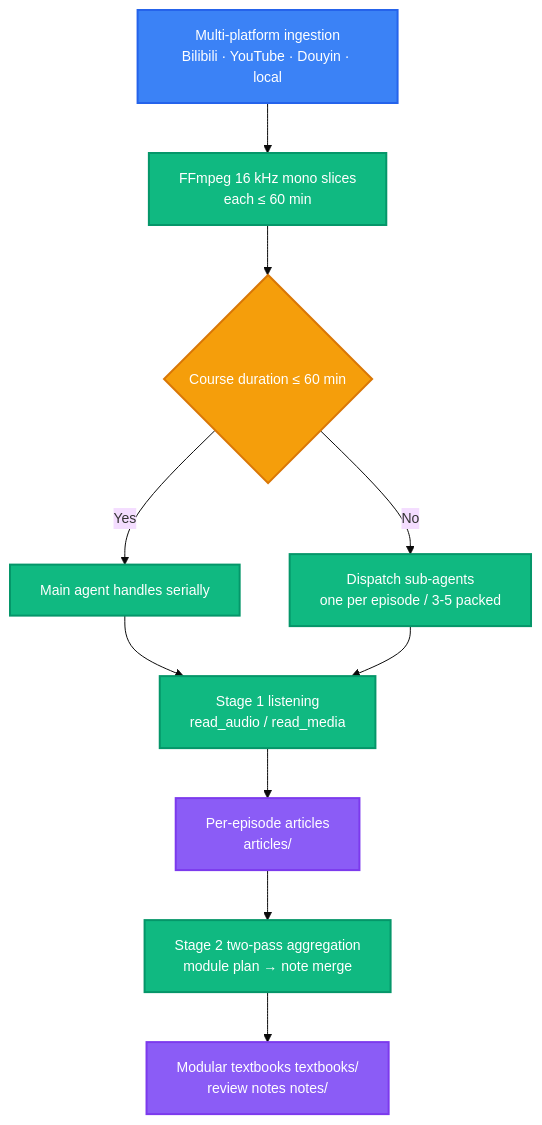
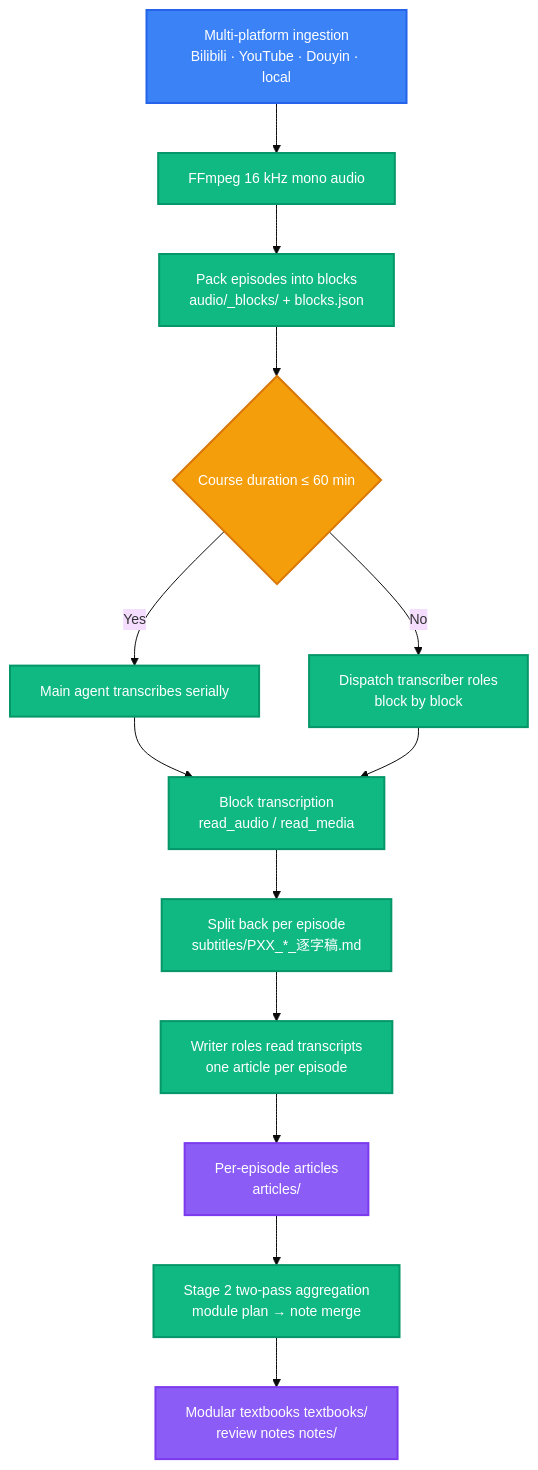
The diagram in README.en.md (LINJIANG12/video2book), drawn with Mermaid before and after one commit. The commit also changed other lines of this file and 14 other files, not shown here.

````diff
--- a/README.en.md
+++ b/README.en.md
@@ -166,23 +166,26 @@
 ```mermaid
 %%{init: {'theme': 'base', 'themeVariables': {'fontSize': '14px'}}}%%
 flowchart TD
-    A[Multi-platform ingestion<br/>Bilibili · YouTube · Douyin · local] --> B[FFmpeg 16 kHz mono slices<br/>each ≤ 60 min]
-    B --> C{Course duration ≤ 60 min}
-    C -->|Yes| D[Main agent handles serially]
-    C -->|No| E[Dispatch sub-agents<br/>one per episode / 3-5 packed]
-    D --> F[Stage 1 listening<br/>read_audio / read_media]
+    A[Multi-platform ingestion<br/>Bilibili · YouTube · Douyin · local] --> B[FFmpeg 16 kHz mono audio]
+    B --> M[Pack episodes into blocks<br/>audio/_blocks/ + blocks.json]
+    M --> C{Course duration ≤ 60 min}
+    C -->|Yes| D[Main agent transcribes serially]
+    C -->|No| E[Dispatch transcriber roles<br/>block by block]
+    D --> F[Block transcription<br/>read_audio / read_media]
     E --> F
-    F --> G[Per-episode articles<br/>articles/]
+    F --> S[Split back per episode<br/>subtitles/PXX_*_逐字稿.md]
+    S --> W[Writer roles read transcripts<br/>one article per episode]
+    W --> G[Per-episode articles<br/>articles/]
     G --> H[Stage 2 two-pass aggregation<br/>module plan → note merge]
     H --> I[Modular textbooks textbooks/<br/>review notes notes/]
 
     classDef start fill:#3B82F6,stroke:#2563EB,color:#fff,stroke-width:2px
     classDef process fill:#10B981,stroke:#059669,color:#fff,stroke-width:2px
     classDef decision fill:#F59E0B,stroke:#D97706,color:#fff,stroke-width:2px
     classDef data fill:#8B5CF6,stroke:#7C3AED,color:#fff,stroke-width:2px
 
     class A start
-    class B,D,E,F,H process
+    class B,M,D,E,F,S,W,H process
     class C decision
     class G,I data
 ```
````
